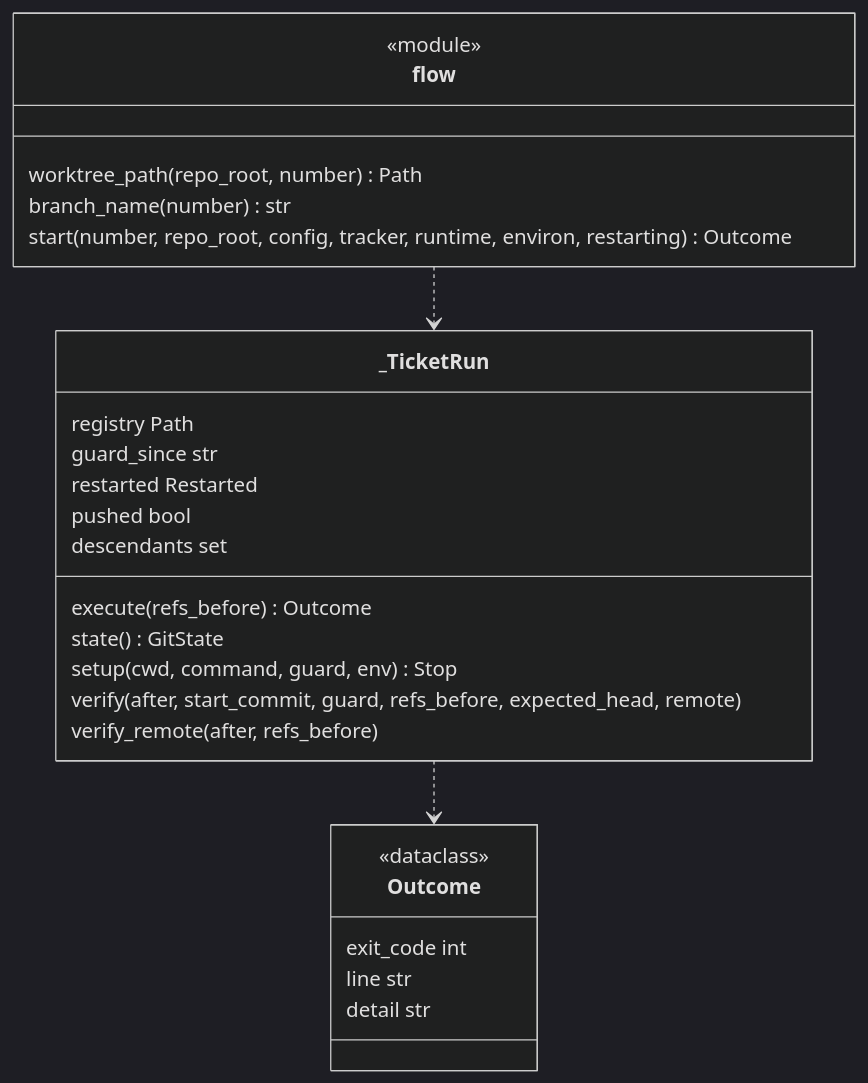
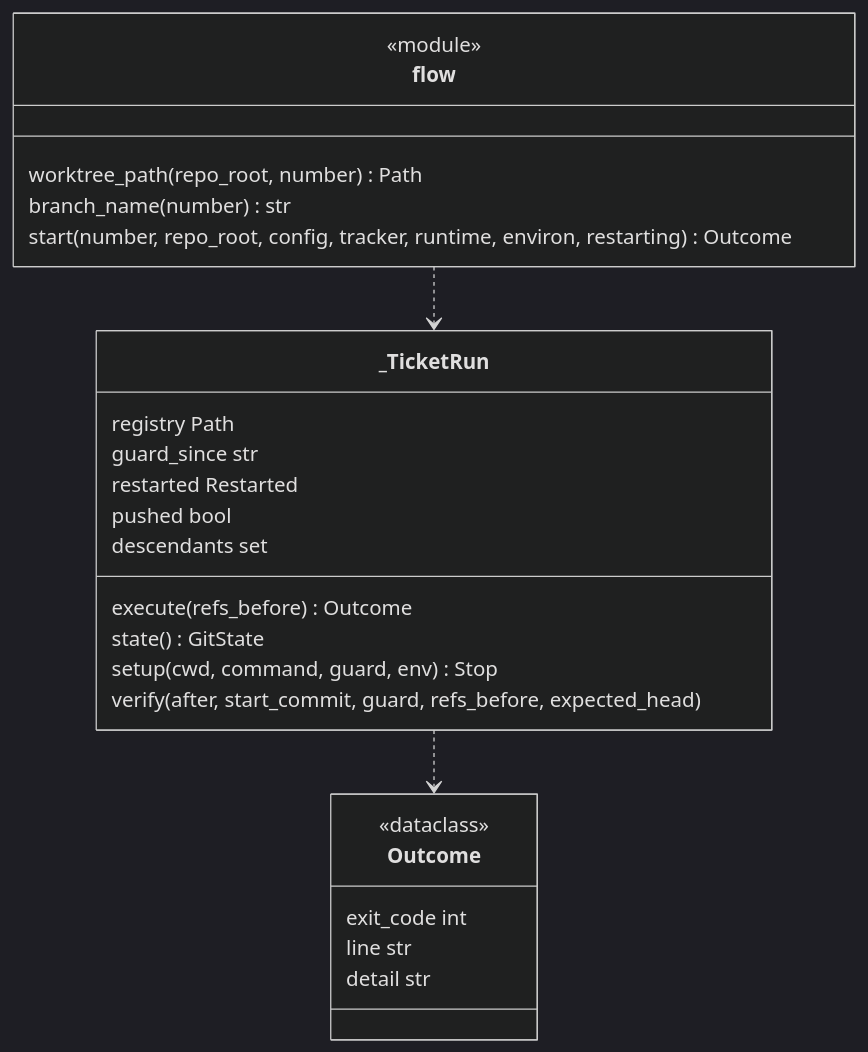
Before and after one commit to plaplanche/ariane: the second of 3 diagrams in docs/architecture/modules/flow.md, drawn with Mermaid (dark theme). The commit also changed other lines of this file and 8 other files, not shown here.

````diff
--- a/docs/architecture/modules/flow.md
+++ b/docs/architecture/modules/flow.md
@@ -83,29 +83,28 @@
 ```mermaid
 classDiagram
 class Outcome {
   <<dataclass>>
   exit_code int
   line str
   detail str
 }
 class _TicketRun {
   registry Path
   guard_since str
   restarted Restarted
   pushed bool
   execute(refs_before) Outcome
   descendants set
   state() GitState
   setup(cwd, command, guard, env) Stop
-  verify(after, start_commit, guard, refs_before, expected_head, remote)
-  verify_remote(after, refs_before)
+  verify(after, start_commit, guard, refs_before, expected_head)
 }
 class flow {
   <<module>>
   worktree_path(repo_root, number) Path
   branch_name(number) str
   start(number, repo_root, config, tracker, runtime, environ, restarting) Outcome
 }
 flow ..> _TicketRun
 _TicketRun ..> Outcome
 ```
````
